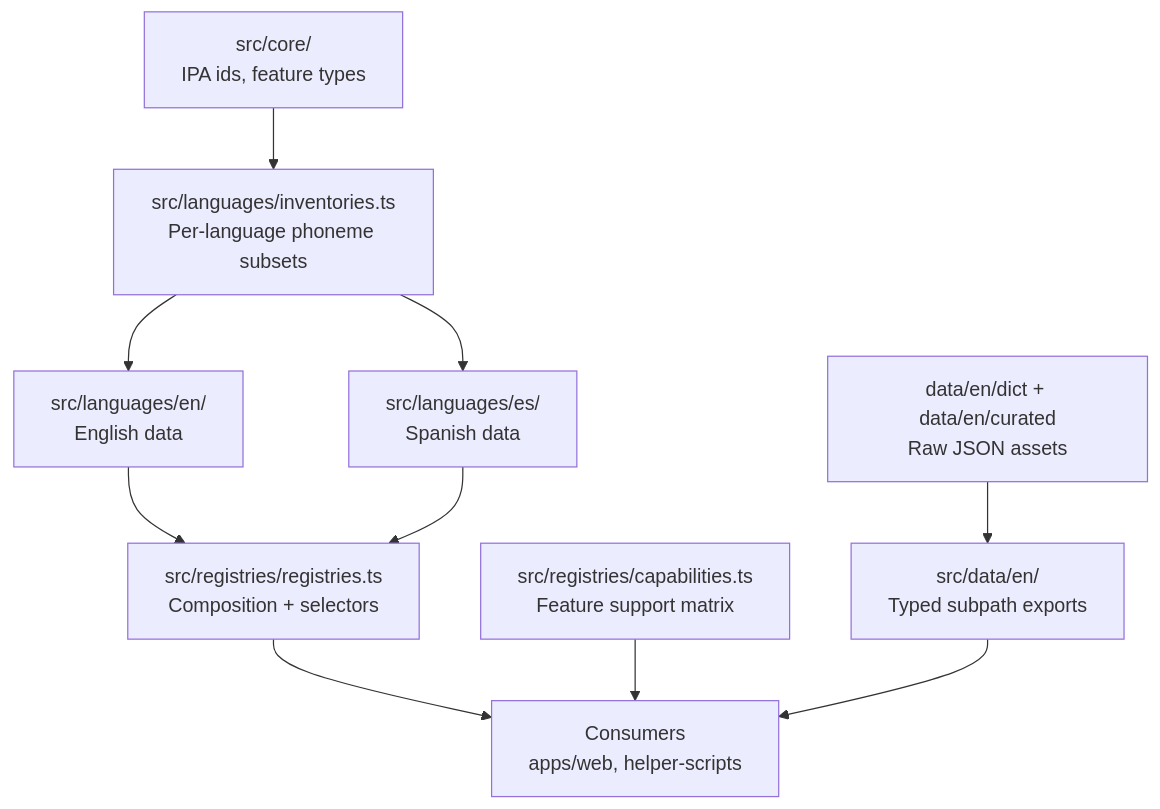
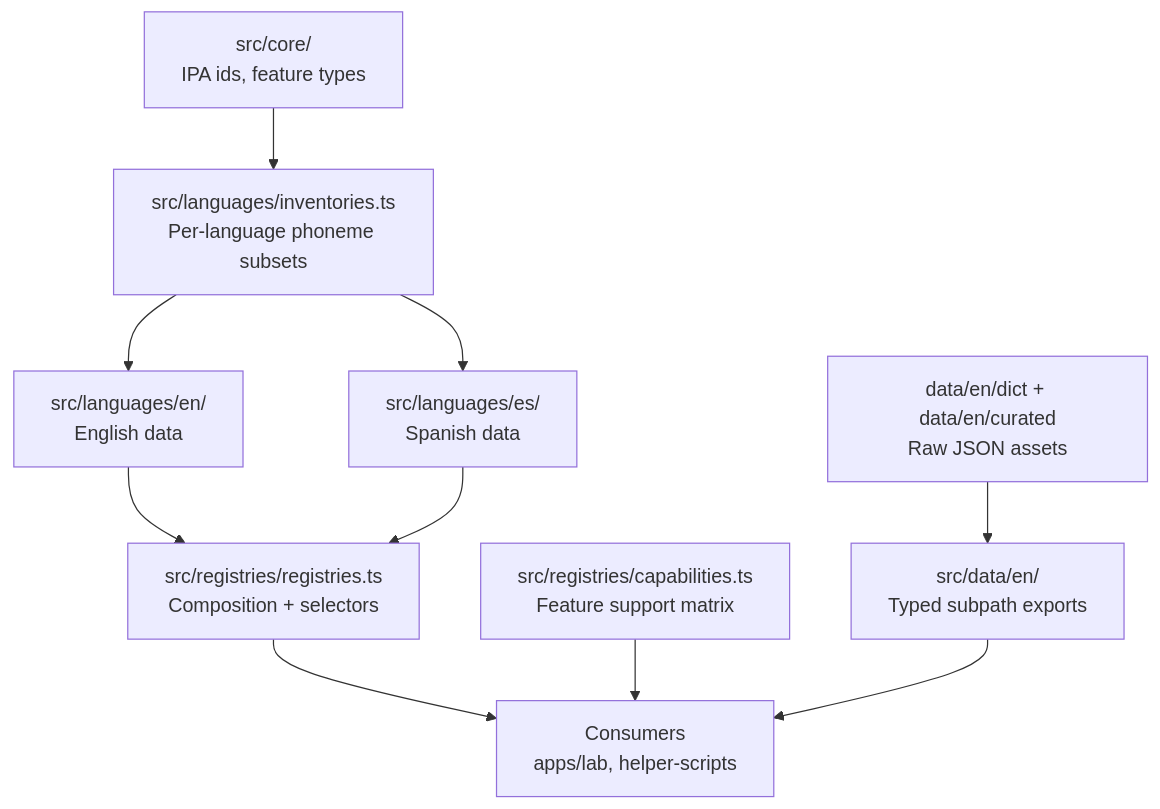
The diagram in packages/phonetics-data/README.md (rigomart/phonaria), drawn with Mermaid before and after one commit. The commit also changed other lines of this file and 188 other files, not shown here.

````diff
--- a/packages/phonetics-data/README.md
+++ b/packages/phonetics-data/README.md
@@ -40,12 +40,12 @@
 ```mermaid
 graph TD
   A["src/core/\nIPA ids, feature types"] --> B["src/languages/inventories.ts\nPer-language phoneme subsets"]
   B --> C["src/languages/en/\nEnglish data"]
   B --> D["src/languages/es/\nSpanish data"]
   C --> E["src/registries/registries.ts\nComposition + selectors"]
   D --> E
-  E --> F["Consumers\napps/web, helper-scripts"]
+  E --> F["Consumers\napps/lab, helper-scripts"]
   G["src/registries/capabilities.ts\nFeature support matrix"] --> F
   H["data/en/dict + data/en/curated\nRaw JSON assets"] --> I["src/data/en/\nTyped subpath exports"]
   I --> F
 ```
````
